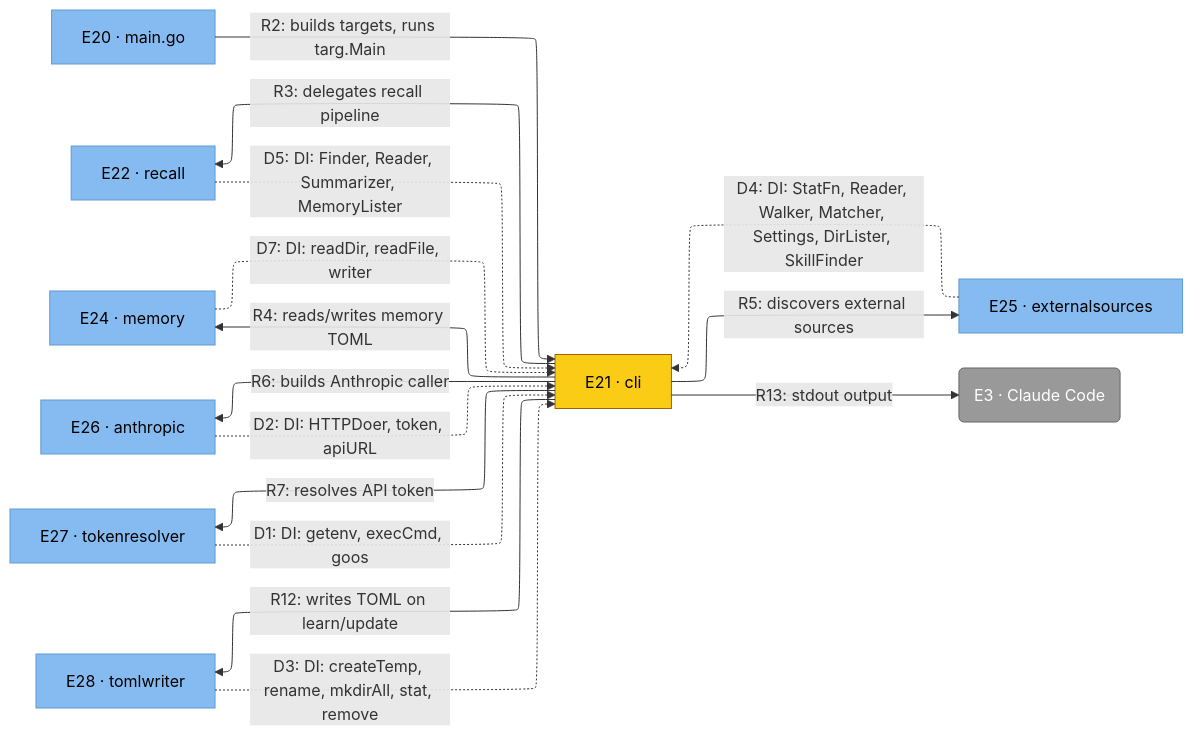
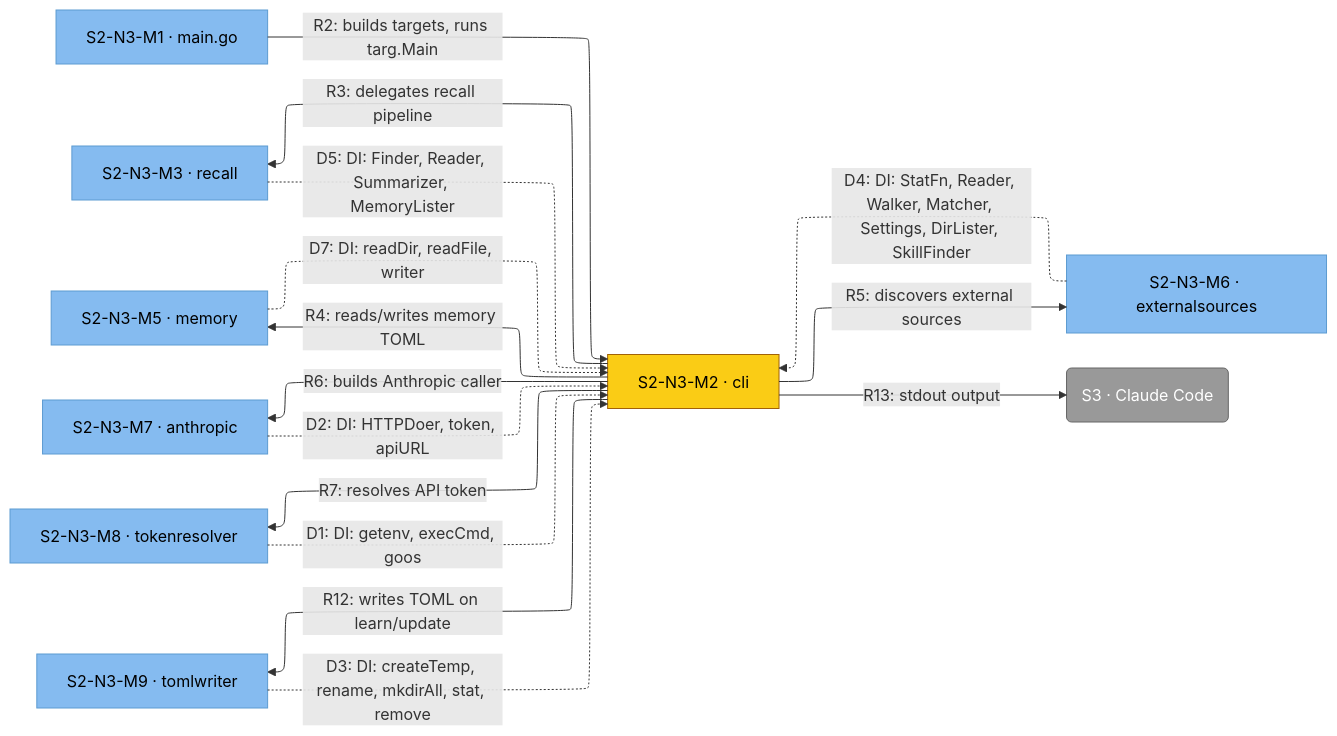
The diagram in architecture/c4/svg/c4-cli.mmd (toejough/engram), drawn with Mermaid before and after one commit. The commit also changed 41 other files, not shown here.

```diff
--- a/architecture/c4/svg/c4-cli.mmd
+++ b/architecture/c4/svg/c4-cli.mmd
@@ -1,36 +1,36 @@
 %%{init: {'flowchart': {'defaultRenderer': 'elk'}}}%%
 flowchart LR
     classDef person      fill:#08427b,stroke:#052e56,color:#fff
     classDef external    fill:#999,   stroke:#666,   color:#fff
     classDef container   fill:#1168bd,stroke:#0b4884,color:#fff
     classDef component   fill:#85bbf0,stroke:#5d9bd1,color:#000
     classDef focus       fill:#facc15,stroke:#a16207,color:#000
 
-    e21["E21 · cli"]
-    e20["E20 · main.go"]
-    e22["E22 · recall"]
-    e24["E24 · memory"]
-    e25["E25 · externalsources"]
-    e26["E26 · anthropic"]
-    e27["E27 · tokenresolver"]
-    e28["E28 · tomlwriter"]
-    e3("E3 · Claude Code")
+    s2-n3-m2["S2-N3-M2 · cli"]
+    s2-n3-m1["S2-N3-M1 · main.go"]
+    s2-n3-m3["S2-N3-M3 · recall"]
+    s2-n3-m5["S2-N3-M5 · memory"]
+    s2-n3-m6["S2-N3-M6 · externalsources"]
+    s2-n3-m7["S2-N3-M7 · anthropic"]
+    s2-n3-m8["S2-N3-M8 · tokenresolver"]
+    s2-n3-m9["S2-N3-M9 · tomlwriter"]
+    s3("S3 · Claude Code")
 
-    e20 -->|"R2: builds targets, runs targ.Main"| e21
-    e21 -->|"R3: delegates recall pipeline"| e22
-    e21 -->|"R4: reads/writes memory TOML"| e24
-    e21 -->|"R5: discovers external sources"| e25
-    e21 -->|"R6: builds Anthropic caller"| e26
-    e21 -->|"R7: resolves API token"| e27
-    e21 -->|"R12: writes TOML on learn/update"| e28
-    e21 -->|"R13: stdout output"| e3
-    e27 -.->|"D1: DI: getenv, execCmd, goos"| e21
-    e26 -.->|"D2: DI: HTTPDoer, token, apiURL"| e21
-    e28 -.->|"D3: DI: createTemp, rename, mkdirAll, stat, remove"| e21
-    e25 -.->|"D4: DI: StatFn, Reader, Walker, Matcher, Settings, DirLister, SkillFinder"| e21
-    e22 -.->|"D5: DI: Finder, Reader, Summarizer, MemoryLister"| e21
-    e24 -.->|"D7: DI: readDir, readFile, writer"| e21
+    s2-n3-m1 -->|"R2: builds targets, runs targ.Main"| s2-n3-m2
+    s2-n3-m2 -->|"R3: delegates recall pipeline"| s2-n3-m3
+    s2-n3-m2 -->|"R4: reads/writes memory TOML"| s2-n3-m5
+    s2-n3-m2 -->|"R5: discovers external sources"| s2-n3-m6
+    s2-n3-m2 -->|"R6: builds Anthropic caller"| s2-n3-m7
+    s2-n3-m2 -->|"R7: resolves API token"| s2-n3-m8
+    s2-n3-m2 -->|"R12: writes TOML on learn/update"| s2-n3-m9
+    s2-n3-m2 -->|"R13: stdout output"| s3
+    s2-n3-m8 -.->|"D1: DI: getenv, execCmd, goos"| s2-n3-m2
+    s2-n3-m7 -.->|"D2: DI: HTTPDoer, token, apiURL"| s2-n3-m2
+    s2-n3-m9 -.->|"D3: DI: createTemp, rename, mkdirAll, stat, remove"| s2-n3-m2
+    s2-n3-m6 -.->|"D4: DI: StatFn, Reader, Walker, Matcher, Settings, DirLister, SkillFinder"| s2-n3-m2
+    s2-n3-m3 -.->|"D5: DI: Finder, Reader, Summarizer, MemoryLister"| s2-n3-m2
+    s2-n3-m5 -.->|"D7: DI: readDir, readFile, writer"| s2-n3-m2
 
-    class e3 external
-    class e20,e22,e24,e25,e26,e27,e28 component
-    class e21 focus
+    class s3 external
+    class s2-n3-m1,s2-n3-m3,s2-n3-m5,s2-n3-m6,s2-n3-m7,s2-n3-m8,s2-n3-m9 component
+    class s2-n3-m2 focus
```
